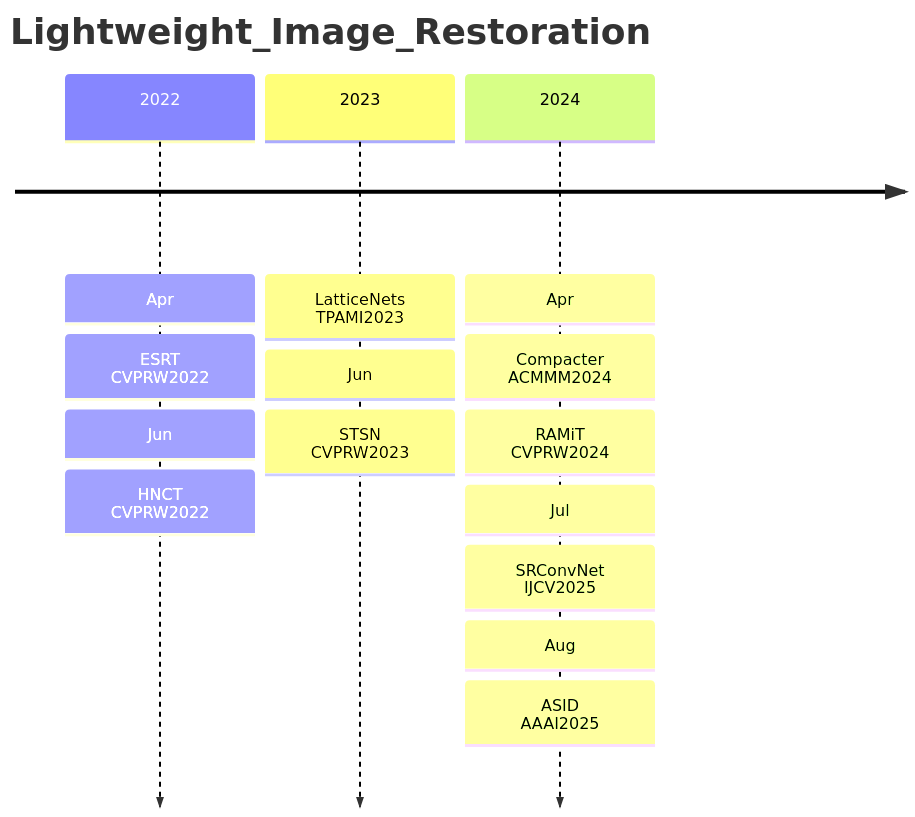
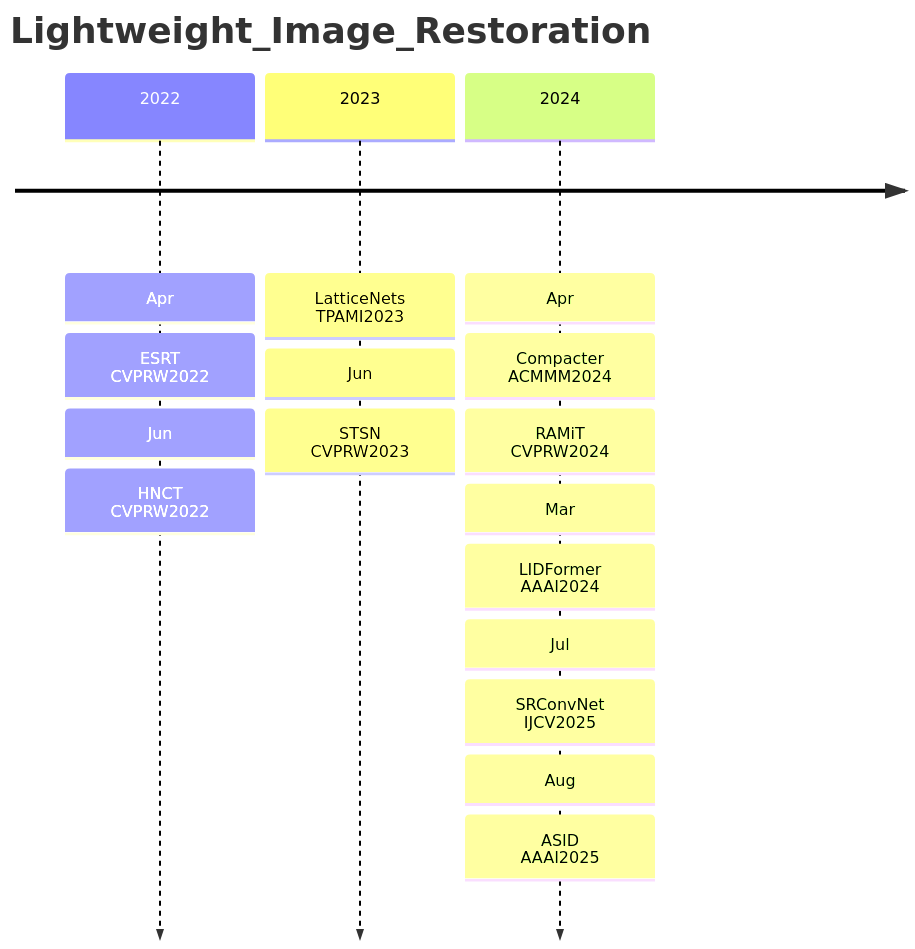
Before and after one commit to Elephant-King9/Paper: the first of 4 diagrams in CV/Lightweight/analyse.md, drawn with Mermaid. The commit also changed other lines of this file and 14 other files, not shown here.

````diff
--- a/CV/Lightweight/analyse.md
+++ b/CV/Lightweight/analyse.md
@@ -5,18 +5,20 @@
 ```mermaid
 timeline
     title Lightweight_Image_Restoration
     2022: Apr
     		: ESRT<br>CVPRW2022
     		: Jun
     		: HNCT<br>CVPRW2022
     2023: LatticeNets<br>TPAMI2023
     		: Jun
     		: STSN<br>CVPRW2023
     2024: Apr
     		: Compacter<br>ACMMM2024
     		: RAMiT<br>CVPRW2024
+    		: Mar
+    		: LIDFormer<br>AAAI2024
     		: Jul
     		: SRConvNet<br>IJCV2025
     		: Aug
     		: ASID<br>AAAI2025 
 ```
````
